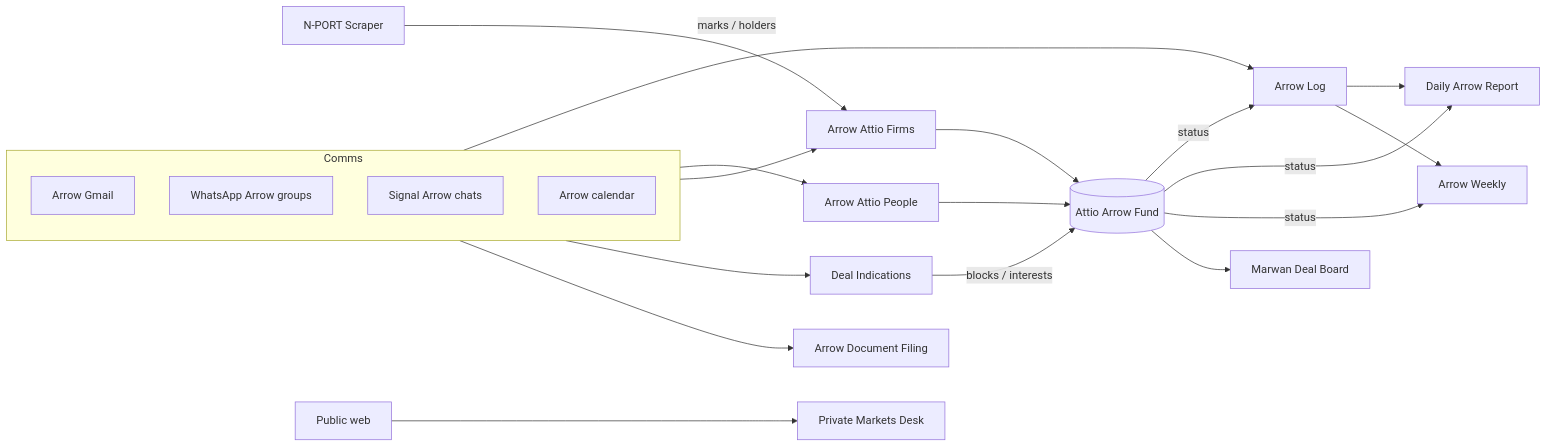
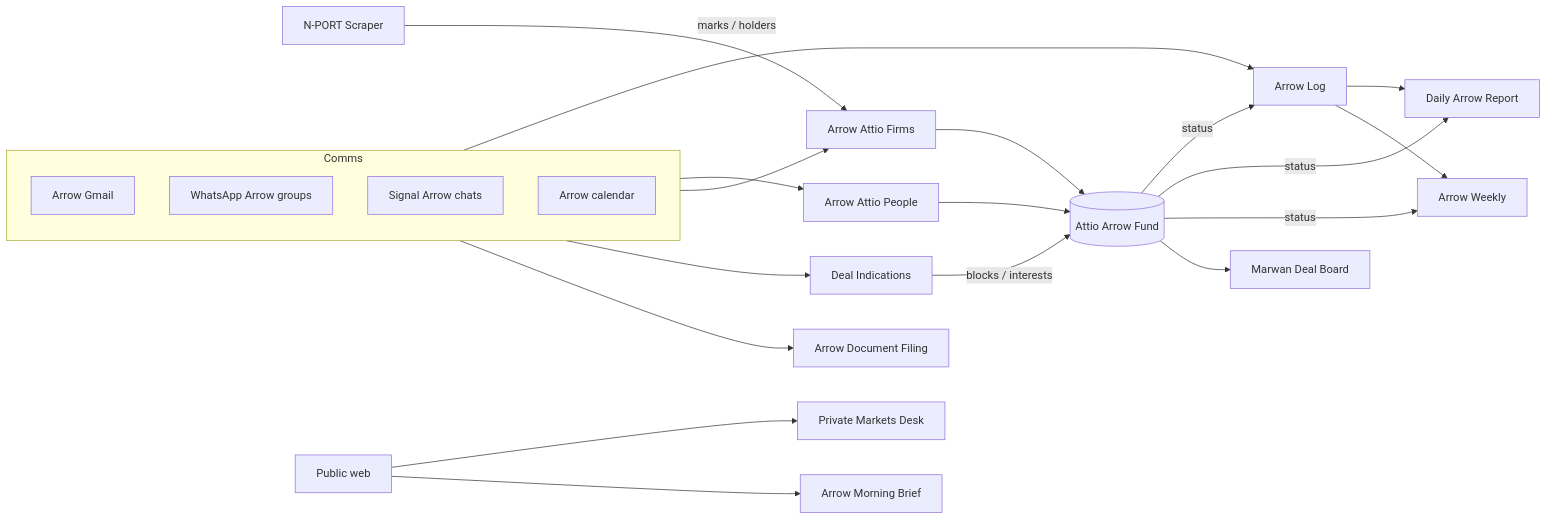
Before and after one commit to brendandelta/brendan-knowledge-graph: the diagram in arrow/BOTS.md, drawn with Mermaid. The commit also changed other lines of this file and 5 other files, not shown here.

First line of the commit message:
Add arrow-morning-brief skill (Sun–Thu brief + Mon–Fri agenda)

````diff
--- a/arrow/BOTS.md
+++ b/arrow/BOTS.md
@@ -26,28 +27,29 @@
 ```mermaid
 flowchart LR
   subgraph Comms
     Gmail[Arrow Gmail]
     WA[WhatsApp Arrow groups]
     Sig[Signal Arrow chats]
     Cal[Arrow calendar]
   end
 
   Comms --> Log[Arrow Log]
   Comms --> People[Arrow Attio People]
   Comms --> Firms[Arrow Attio Firms]
   Comms --> DealInd[Deal Indications]
   Comms --> Inbox[Arrow Document Filing]
 
   NPORT[N-PORT Scraper] -->|marks / holders| Firms
   Attio[(Attio Arrow Fund)]
   People --> Attio
   Firms --> Attio
   DealInd -->|blocks / interests| Attio
   Attio -->|status| Log
   Log --> Daily[Daily Arrow Report]
   Log --> Weekly[Arrow Weekly]
   Attio -->|status| Daily
   Attio -->|status| Weekly
   Attio --> Marwan[Marwan Deal Board]
   Web[Public web] --> PMD[Private Markets Desk]
+  Web --> MorningBrief[Arrow Morning Brief]
 ```
````
